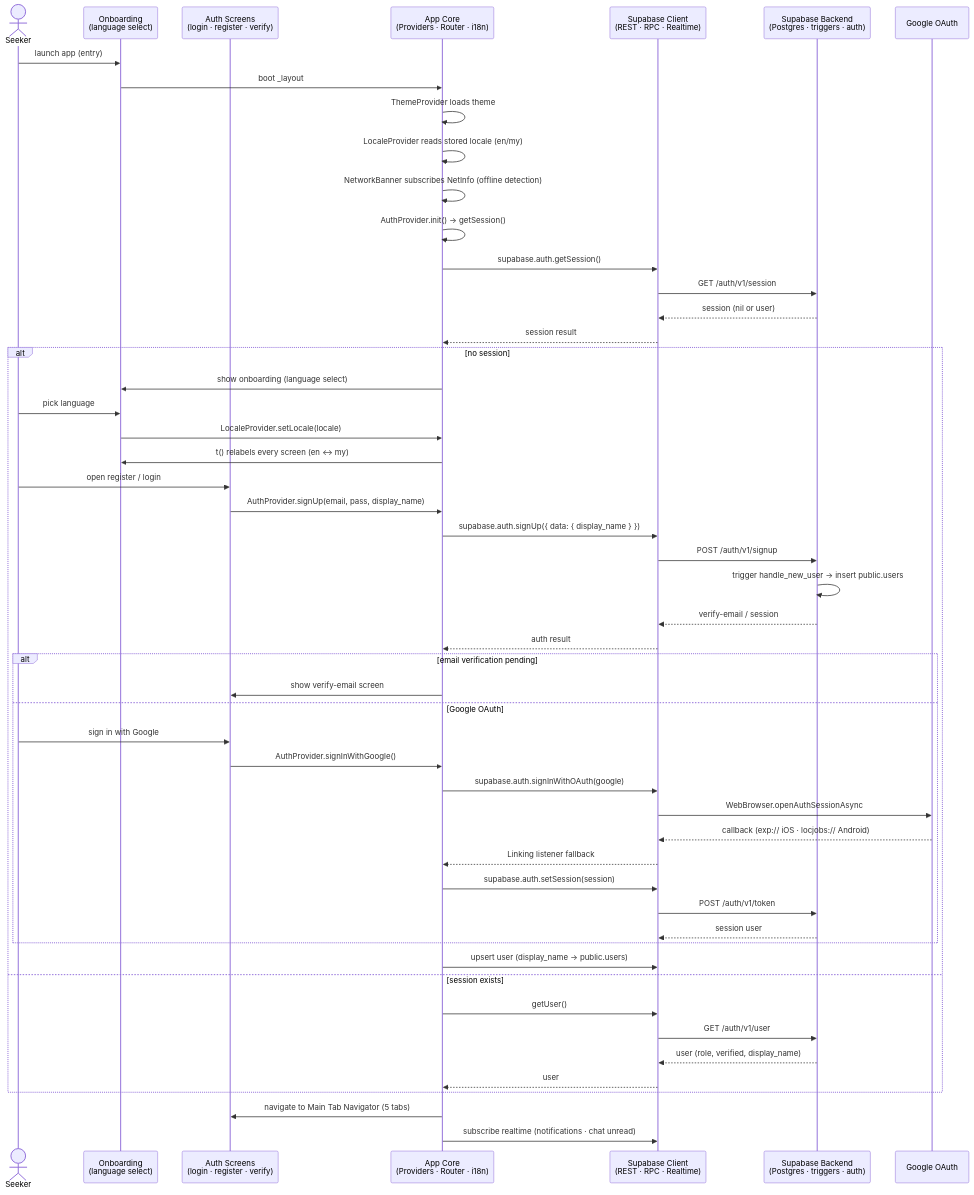
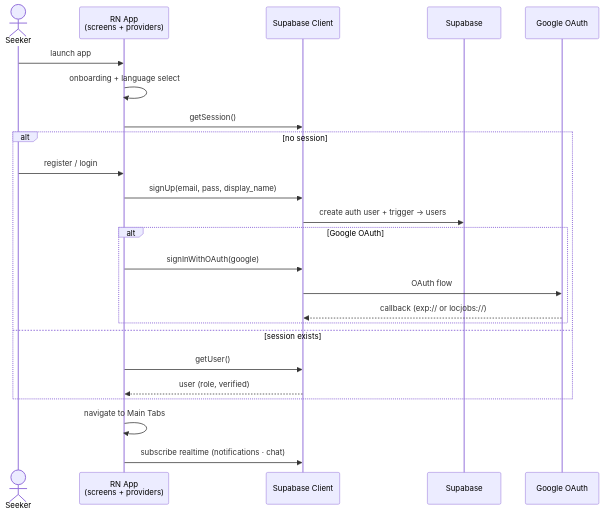
The fourth of 7 diagrams in DIAGRAMS.md (phyothant-dev/loc-jobs), drawn with Mermaid before and after one commit. The commit also changed other lines of this file and 1 other file, not shown here.

Commit message:
docs: shrink diagrams to medium size across class, sequence and use-case diagrams

````diff
--- a/DIAGRAMS.md
+++ b/DIAGRAMS.md
@@ -410,55 +334,27 @@
 ```mermaid
 sequenceDiagram
     actor Seeker
-    participant OB as Onboarding<br/>(language select)
-    participant AU as Auth Screens<br/>(login · register · verify)
-    participant APP as App Core<br/>(Providers · Router · i18n)
-    participant API as Supabase Client<br/>(REST · RPC · Realtime)
-    participant SB as Supabase Backend<br/>(Postgres · triggers · auth)
+    participant APP as RN App<br/>(screens + providers)
+    participant API as Supabase Client
+    participant SB as Supabase
     participant G as Google OAuth
 
-    Seeker->>OB: launch app (entry)
-    OB->>APP: boot _layout
-    APP->>APP: ThemeProvider loads theme
-    APP->>APP: LocaleProvider reads stored locale (en/my)
-    APP->>APP: NetworkBanner subscribes NetInfo (offline detection)
-    APP->>APP: AuthProvider.init() → getSession()
-    APP->>API: supabase.auth.getSession()
-    API->>SB: GET /auth/v1/session
-    SB-->>API: session (nil or user)
-    API-->>APP: session result
+    Seeker->>APP: launch app
+    APP->>APP: onboarding + language select
+    APP->>API: getSession()
     alt no session
-        APP->>OB: show onboarding (language select)
-        Seeker->>OB: pick language
-        OB->>APP: LocaleProvider.setLocale(locale)
-        APP->>OB: t() relabels every screen (en ↔ my)
-        Seeker->>AU: open register / login
-        AU->>APP: AuthProvider.signUp(email, pass, display_name)
-        APP->>API: supabase.auth.signUp({ data: { display_name } })
-        API->>SB: POST /auth/v1/signup
-        SB->>SB: trigger handle_new_user → insert public.users
-        SB-->>API: verify-email / session
-        API-->>APP: auth result
-        alt email verification pending
-            APP->>AU: show verify-email screen
-        else Google OAuth
-            Seeker->>AU: sign in with Google
-            AU->>APP: AuthProvider.signInWithGoogle()
-            APP->>API: supabase.auth.signInWithOAuth(google)
-            API->>G: WebBrowser.openAuthSessionAsync
-            G-->>API: callback (exp:// iOS · locjobs:// Android)
-            API-->>APP: Linking listener fallback
-            APP->>API: supabase.auth.setSession(session)
-            API->>SB: POST /auth/v1/token
-            SB-->>API: session user
+        Seeker->>APP: register / login
+        APP->>API: signUp(email, pass, display_name)
+        API->>SB: create auth user + trigger → users
+        alt Google OAuth
+            APP->>API: signInWithOAuth(google)
+            API->>G: OAuth flow
+            G-->>API: callback (exp:// or locjobs://)
         end
-        APP->>API: upsert user (display_name → public.users)
     else session exists
         APP->>API: getUser()
-        API->>SB: GET /auth/v1/user
-        SB-->>API: user (role, verified, display_name)
-        API-->>APP: user
+        API-->>APP: user (role, verified)
     end
-    APP->>AU: navigate to Main Tab Navigator (5 tabs)
-    APP->>API: subscribe realtime (notifications · chat unread)
+    APP->>APP: navigate to Main Tabs
+    APP->>API: subscribe realtime (notifications · chat)
 ```
````
